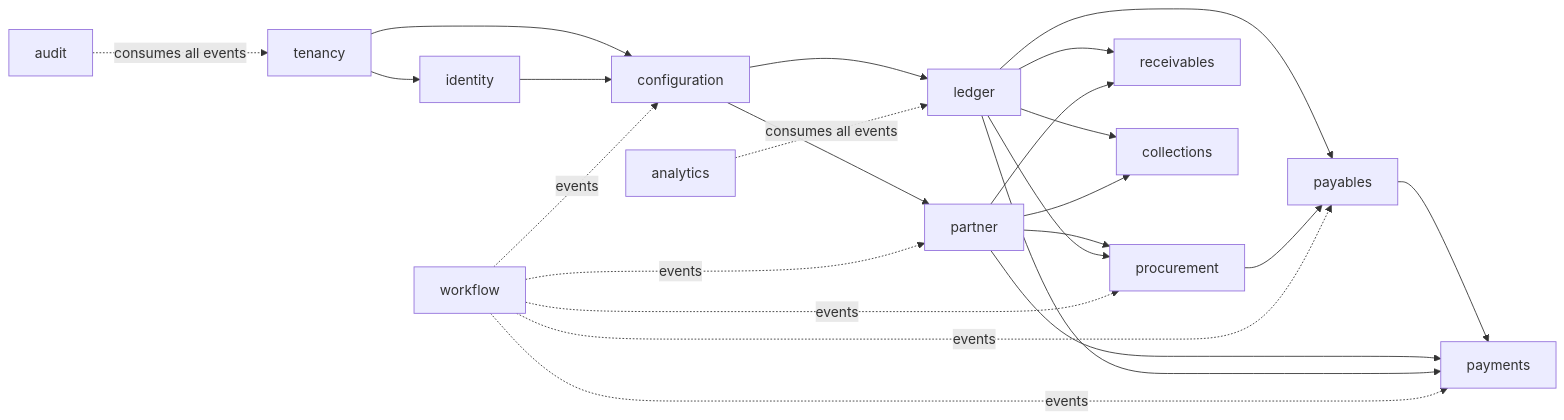
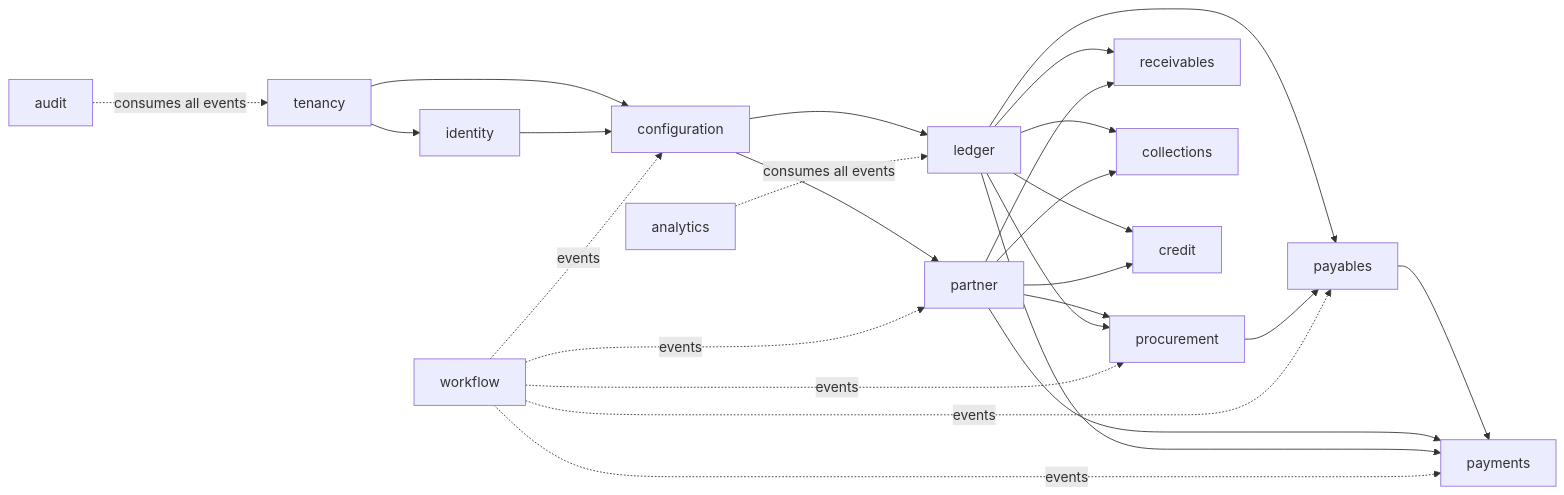
The first of 2 diagrams in docs/design/02-architecture.md (mustie7iy/agentic-erp), drawn with Mermaid before and after one commit. The commit also changed other lines of this file and 39 other files, not shown here.

````diff
--- a/docs/design/02-architecture.md
+++ b/docs/design/02-architecture.md
@@ -65,26 +67,28 @@
 ```mermaid
 flowchart LR
   tenancy --> identity
   tenancy --> configuration
   identity --> configuration
   configuration --> partner
   configuration --> ledger
   partner --> procurement
   ledger --> procurement
   ledger --> payables
   procurement --> payables
   ledger --> receivables
   partner --> receivables
   ledger --> collections
   partner --> collections
+  ledger --> credit
+  partner --> credit
   payables --> payments
   partner --> payments
   ledger --> payments
   workflow -.events.-> procurement
   workflow -.events.-> payables
   workflow -.events.-> payments
   workflow -.events.-> partner
   workflow -.events.-> configuration
   audit -.consumes all events.-> tenancy
   analytics -.consumes all events.-> ledger
 ```
````
